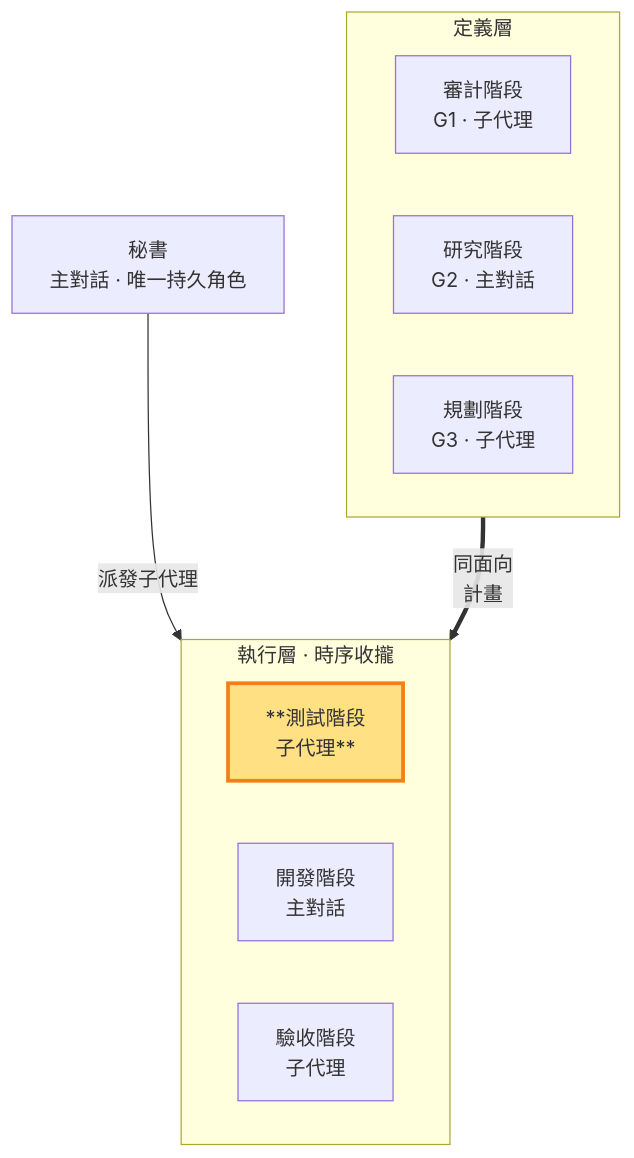
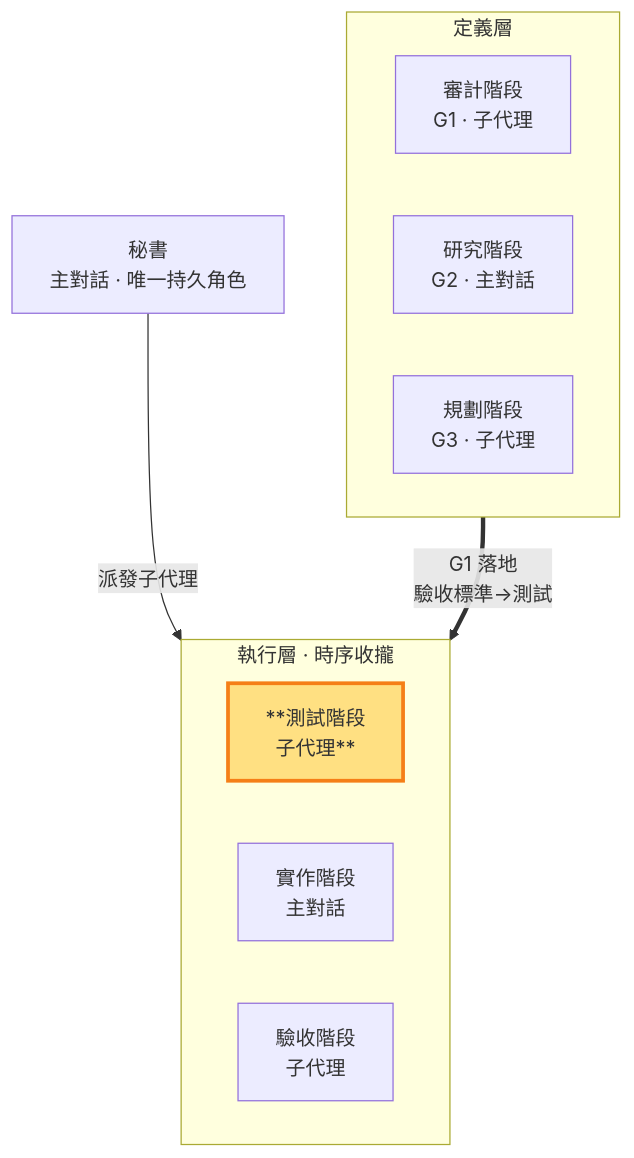
One commit to teps3105/shiftblame changed the diagram in skills/shiftblame/references/TEST.md. Above: the diagram before and after it, drawn with Mermaid. The commit also changed other lines of this file and 10 other files, not shown here.

````diff
--- a/skills/shiftblame/references/TEST.md
+++ b/skills/shiftblame/references/TEST.md
@@ -16,19 +16,19 @@
 ```mermaid
 flowchart TB
     SEC[秘書<br/>主對話 · 唯一持久角色]
     subgraph Consult["定義層"]
         direction LR
         AUD["審計階段<br/>G1 · 子代理"]
         RES["研究階段<br/>G2 · 主對話"]
         PLA["規劃階段<br/>G3 · 子代理"]
     end
     subgraph Build["執行層 · 時序收攏"]
         direction LR
         TST["**測試階段<br/>子代理**"]:::thisrole
-        DEV["開發階段<br/>主對話"]
+        DEV["實作階段<br/>主對話"]
         ACC["驗收階段<br/>子代理"]
     end
     SEC -- 派發子代理 --> TST
-    PLA == "同面向<br/>計畫" ==> TST
+    AUD == "G1 落地<br/>驗收標準→測試" ==> TST
     classDef thisrole fill:#ffe082,stroke:#f57f17,stroke-width:3px;
 ```
````
